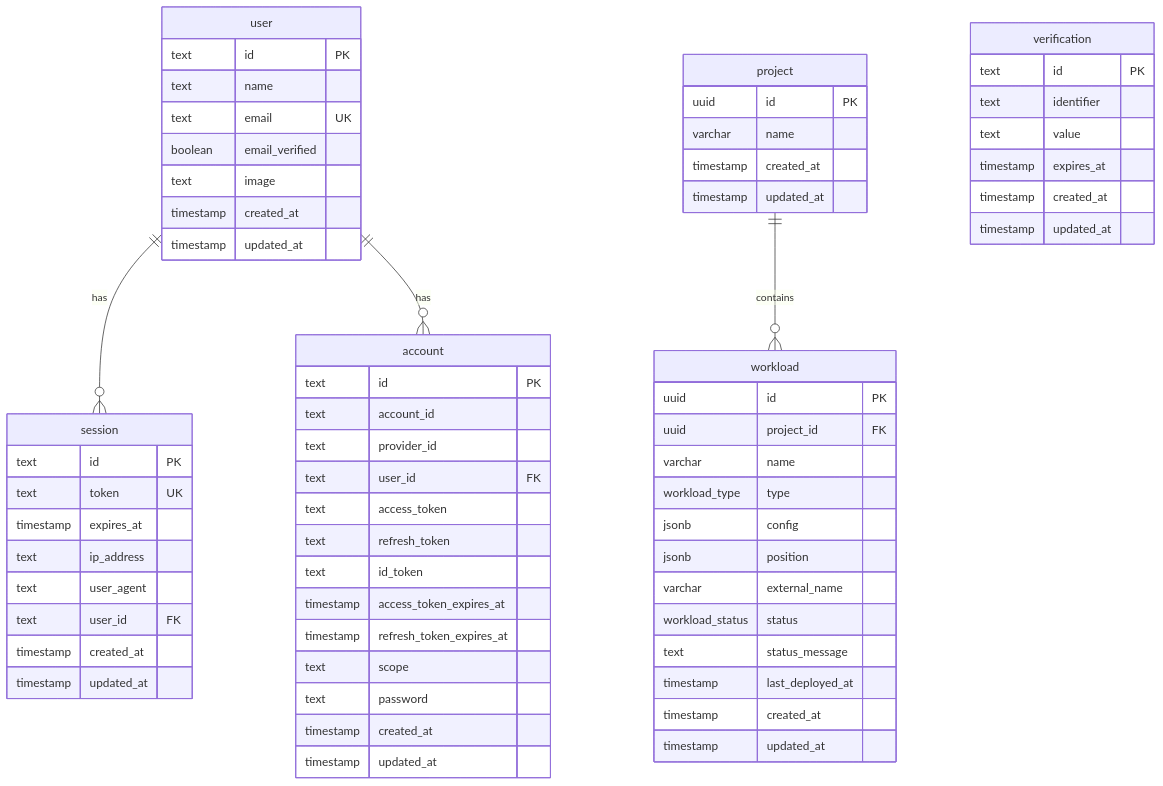
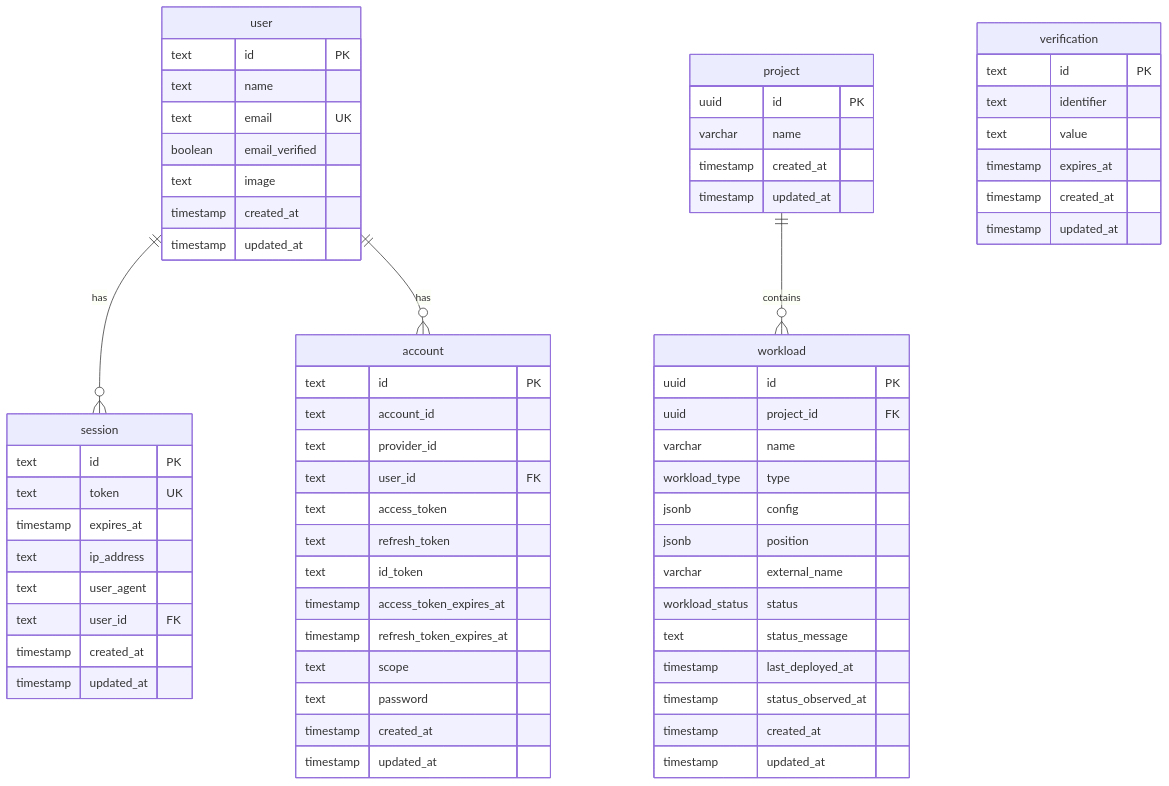
The diagram in docs/DATABASE.md (acceleratio-cloud/core), drawn with Mermaid before and after one commit. The commit also changed other lines of this file and 33 other files, not shown here.

````diff
--- a/docs/DATABASE.md
+++ b/docs/DATABASE.md
@@ -27,69 +27,70 @@
 ```mermaid
 erDiagram
     user ||--o{ session : "has"
     user ||--o{ account : "has"
     project ||--o{ workload : "contains"
 
     user {
         text id PK
         text name
         text email UK
         boolean email_verified
         text image
         timestamp created_at
         timestamp updated_at
     }
     session {
         text id PK
         text token UK
         timestamp expires_at
         text ip_address
         text user_agent
         text user_id FK
         timestamp created_at
         timestamp updated_at
     }
     account {
         text id PK
         text account_id
         text provider_id
         text user_id FK
         text access_token
         text refresh_token
         text id_token
         timestamp access_token_expires_at
         timestamp refresh_token_expires_at
         text scope
         text password
         timestamp created_at
         timestamp updated_at
     }
     verification {
         text id PK
         text identifier
         text value
         timestamp expires_at
         timestamp created_at
         timestamp updated_at
     }
     project {
         uuid id PK
         varchar name
         timestamp created_at
         timestamp updated_at
     }
     workload {
         uuid id PK
         uuid project_id FK
         varchar name
         workload_type type
         jsonb config
         jsonb position
         varchar external_name
         workload_status status
         text status_message
         timestamp last_deployed_at
+        timestamp status_observed_at
         timestamp created_at
         timestamp updated_at
     }
 ```
````
